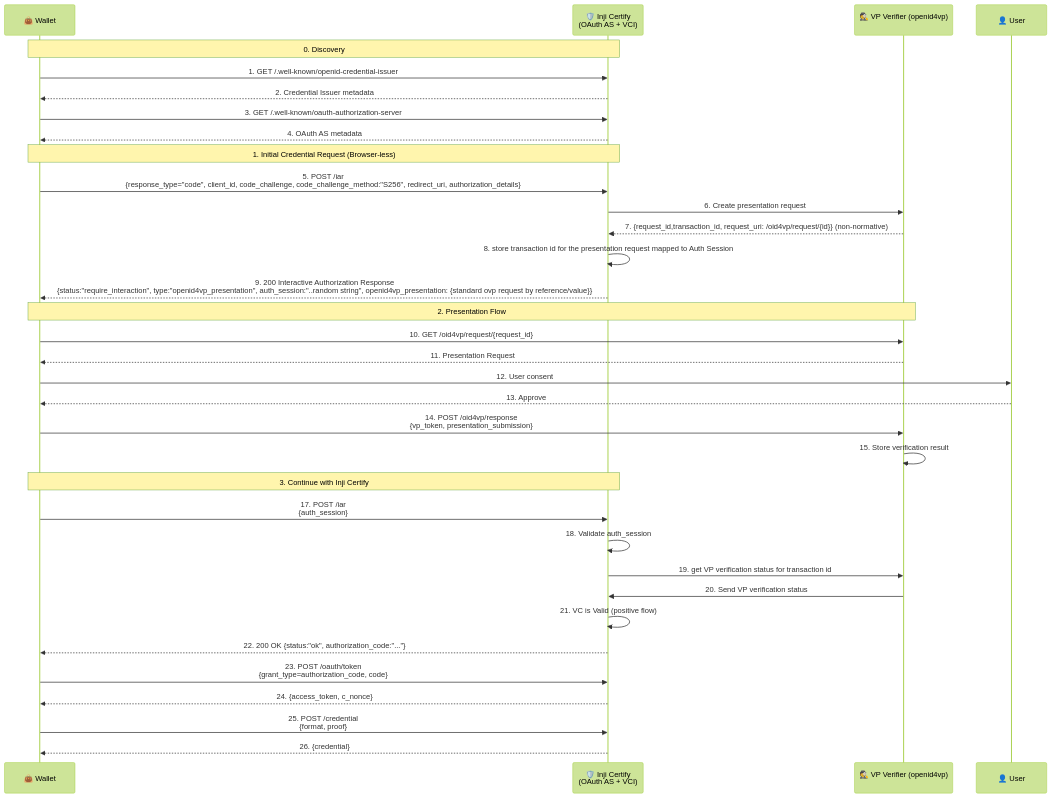
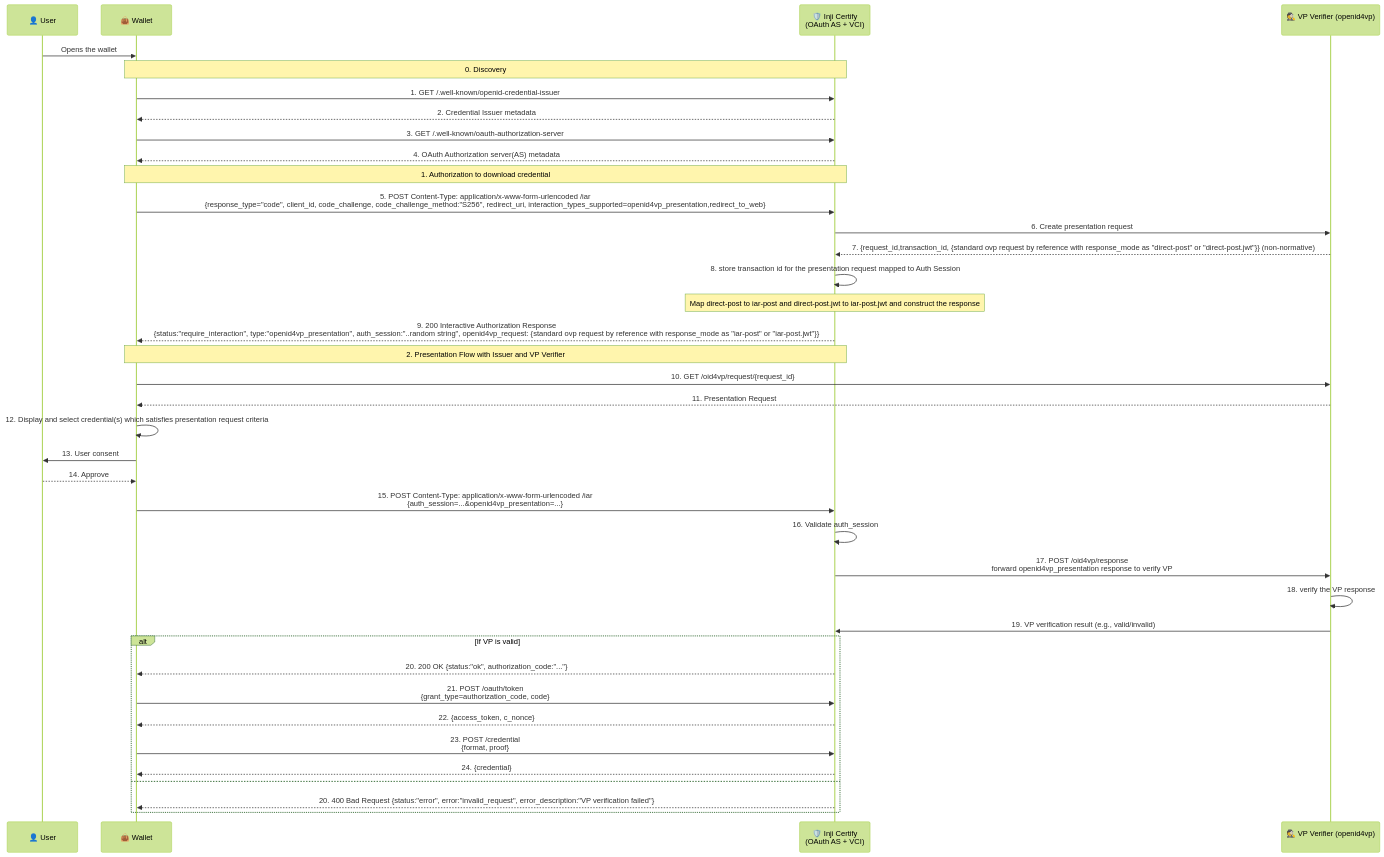
One commit to mosip/inji-certify changed the diagram in docs/Presentation-During-Issuance.md. Above: the diagram before and after it, drawn with Mermaid (forest theme). The commit also changed other lines of this file, not shown here.

Commit message:
[INJICERT-1034] - Update presentation during issuance workflow based on OpenId4VCI latest editor's draft

````diff
--- a/docs/Presentation-During-Issuance.md
+++ b/docs/Presentation-During-Issuance.md
@@ -27,43 +33,45 @@
 ```mermaid
 sequenceDiagram
+    participant U as 👤 User
     participant W as 👜 Wallet
     participant IC as 🛡️ Inji Certify<br/>(OAuth AS + VCI)
     participant IVP as 🕵️ VP Verifier (openid4vp)<br/>
-    participant U as 👤 User
 
+    U->>W: Opens the wallet
     Note over W,IC: 0. Discovery
     W->>IC: 1. GET /.well-known/openid-credential-issuer
     IC-->>W: 2. Credential Issuer metadata
     W->>IC: 3. GET /.well-known/oauth-authorization-server
-    IC-->>W: 4. OAuth AS metadata 
+    IC-->>W: 4. OAuth Authorization server(AS) metadata 
     
-    Note over W,IC: 1. Initial Credential Request (Browser-less)
-    W->>IC: 5. POST /iar<br/>{response_type="code", client_id, code_challenge, code_challenge_method:"S256", redirect_uri, authorization_details}
+    Note over W,IC: 1. Authorization to download credential
+    W->>IC: 5. POST Content-Type: application/x-www-form-urlencoded /iar<br/>{response_type="code", client_id, code_challenge, code_challenge_method:"S256", redirect_uri, interaction_types_supported=openid4vp_presentation,redirect_to_web}
     IC->>IVP: 6. Create presentation request
-    IVP-->>IC: 7. {request_id,transaction_id, request_uri: /oid4vp/request/{id}} (non-normative)
+    IVP-->>IC: 7. {request_id,transaction_id, {standard ovp request by reference with response_mode as "direct-post" or "direct-post.jwt"}} (non-normative)
     IC->>IC: 8. store transaction id for the presentation request mapped to Auth Session
-    IC-->>W: 9. 200 Interactive Authorization Response<br/>{status:"require_interaction", type:"openid4vp_presentation", auth_session:"..random string", openid4vp_presentation: {standard ovp request by reference/value}}
+    Note over IC: Map direct-post to iar-post and direct-post.jwt to iar-post.jwt and construct the response
+    IC-->>W: 9. 200 Interactive Authorization Response<br/>{status:"require_interaction", type:"openid4vp_presentation", auth_session:"..random string", openid4vp_request: {standard ovp request by reference with response_mode as "iar-post" or "iar-post.jwt"}}
     
-    Note over W,IVP: 2. Presentation Flow
+    Note over W,IC: 2. Presentation Flow with Issuer and VP Verifier
     W->>IVP: 10. GET /oid4vp/request/{request_id}
     IVP-->>W: 11. Presentation Request
-    W->>U: 12. User consent
-    U-->>W: 13. Approve
-    W->>IVP: 14. POST /oid4vp/response<br/>{vp_token, presentation_submission}
-    IVP->>IVP: 15. Store verification result
+    W->>W: 12. Display and select credential(s) which satisfies presentation request criteria
+    W->>U: 13. User consent
+    U-->>W: 14. Approve
+    W->>IC: 15. POST Content-Type: application/x-www-form-urlencoded /iar<br/>{auth_session=...&openid4vp_presentation=...}
+    IC->>IC: 16. Validate auth_session
+    IC->>IVP: 17. POST /oid4vp/response<br/>forward openid4vp_presentation response to verify VP
+    IVP->>IVP: 18. verify the VP response
+    IVP->>IC: 19. VP verification result (e.g., valid/invalid)
     
+    alt If VP is valid 
+            IC-->>W: 20. 200 OK {status:"ok", authorization_code:"..."}
+            W->>IC: 21. POST /oauth/token<br/>{grant_type=authorization_code, code}
+            IC-->>W: 22. {access_token, c_nonce}
+            W->>IC: 23. POST /credential<br/>{format, proof}
+            IC-->>W: 24. {credential}
+    else
+            IC-->>W: 20. 400 Bad Request {status:"error", error:"invalid_request", error_description:"VP verification failed"}
+    end
     
-    Note over W,IC: 3. Continue with Inji Certify
-    W->>IC: 17. POST /iar<br/>{auth_session}
-    IC->>IC: 18. Validate auth_session 
-    IC->>IVP: 19. get VP verification status for transaction id
-    IVP->>IC: 20. Send VP verification status
-    IC->>IC: 21. VC is Valid (positive flow)
-    IC-->>W: 22. 200 OK {status:"ok", authorization_code:"..."}
-    
-    W->>IC: 23. POST /oauth/token<br/>{grant_type=authorization_code, code}
-    IC-->>W: 24. {access_token, c_nonce}
-    
-    W->>IC: 25. POST /credential<br/>{format, proof}
-    IC-->>W: 26. {credential}
 ```
````
